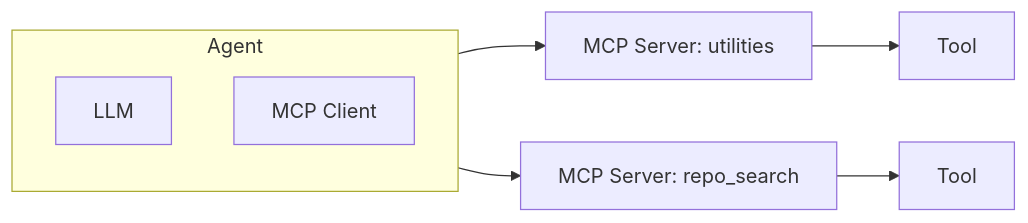
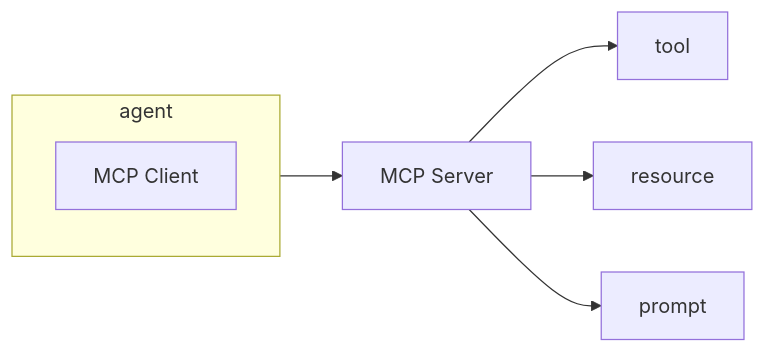
Before and after one commit to backplane-cloud/agentify-toolkit: the first of 3 diagrams in docs/mcp/MCP.md, drawn with Mermaid. The commit also changed other lines of this file, not shown here.

Commit message:
Added docs/mcp/MCP.md documentation

````diff
--- a/docs/mcp/MCP.md
+++ b/docs/mcp/MCP.md
@@ -29,15 +131,19 @@
 ```mermaid
-flowchart LR
+    flowchart LR
 
-subgraph Agent
-    direction TB
-    LLM[LLM]
-    Client[MCP Client]
-end
+    subgraph b[agent]
+        direction TB
 
-Client --> S1[MCP Server: utilities]
-Client --> S2[MCP Server: repo_search]
+        d[MCP Client]
+    end
+    d --> e
 
-S1 --> T1[Tool]
-S2 --> T2[Tool]
+    e[MCP Server]
+
+
+
+
+    e --> h[tool]
+    e --> i[resource]
+    e --> j[prompt]
 ```
````
